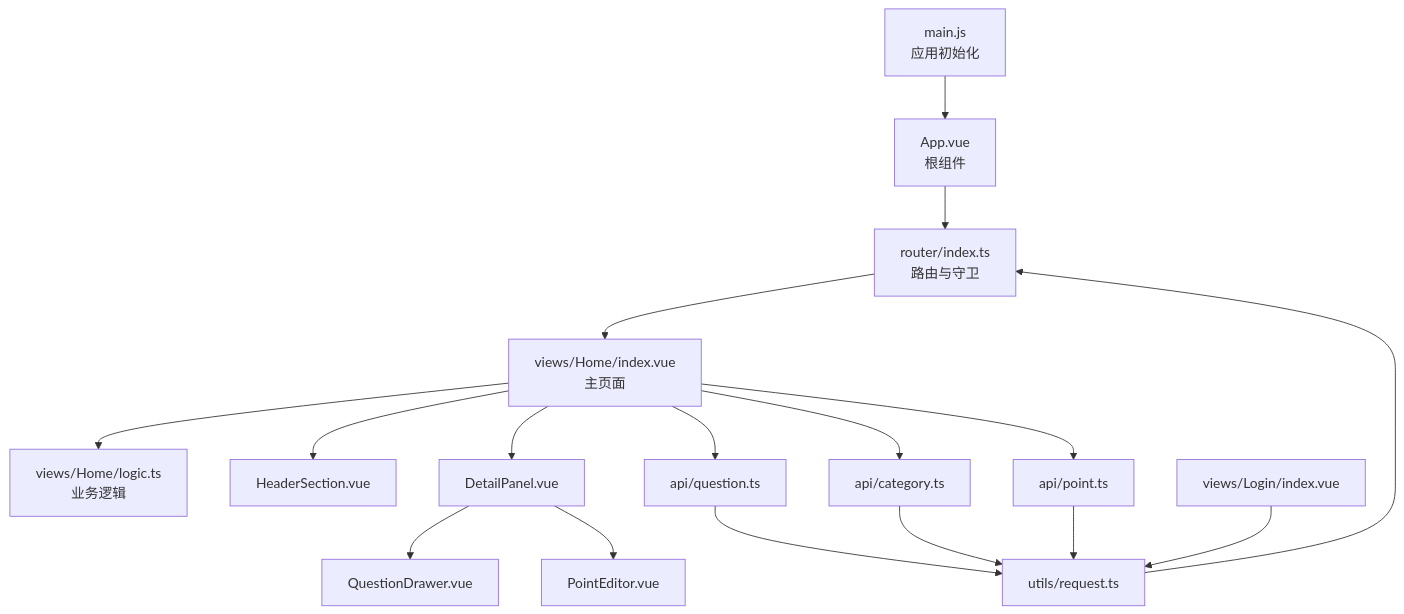
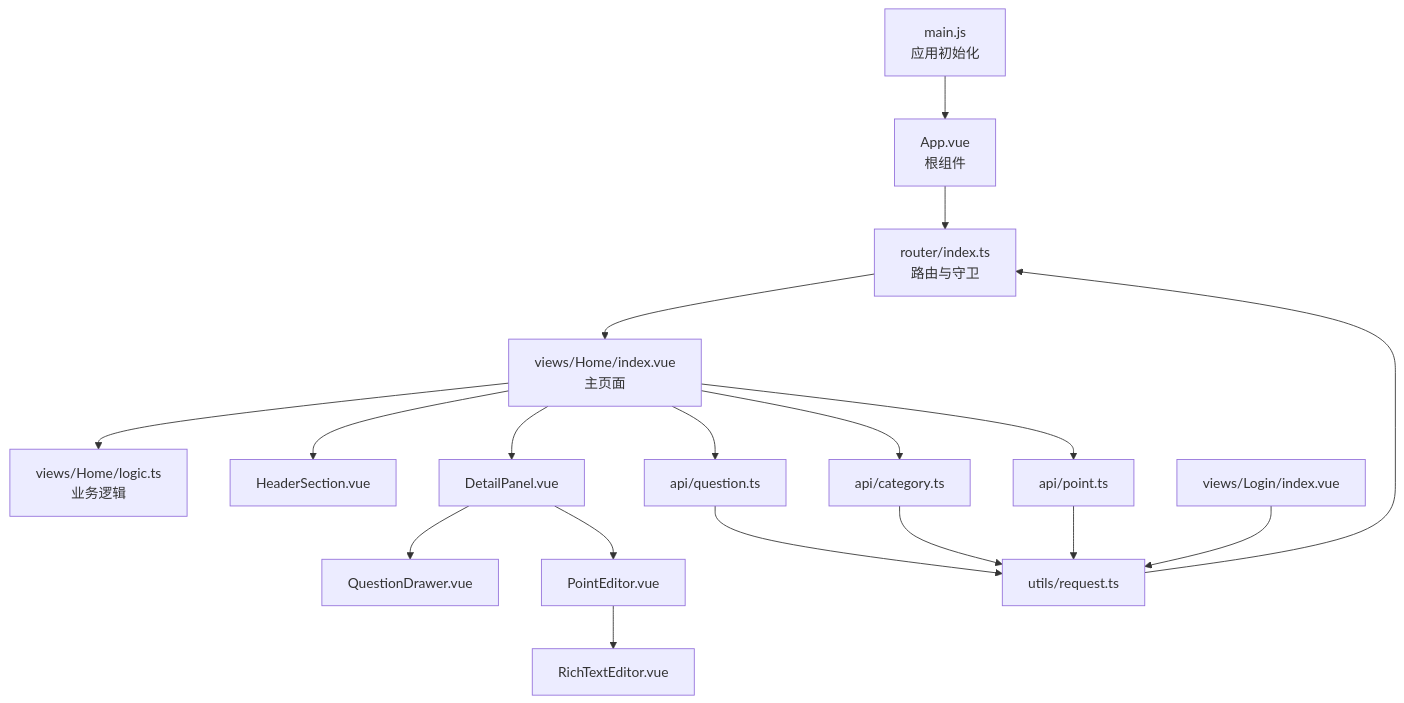
The second of 7 diagrams in .qoder/repowiki/zh/content/前端架构.md (YYMi/practice_problems), drawn with Mermaid before and after one commit. The commit also changed other lines of this file and 43 other files, not shown here.

````diff
--- a/.qoder/repowiki/zh/content/前端架构.md
+++ b/.qoder/repowiki/zh/content/前端架构.md
@@ -157,19 +170,20 @@
 ```mermaid
 graph TB
 MAIN["main.js<br/>应用初始化"] --> APP["App.vue<br/>根组件"]
 APP --> ROUTER["router/index.ts<br/>路由与守卫"]
 ROUTER --> HOME["views/Home/index.vue<br/>主页面"]
 HOME --> LOGIC["views/Home/logic.ts<br/>业务逻辑"]
 HOME --> HEADER["HeaderSection.vue"]
 HOME --> DETAIL["DetailPanel.vue"]
 DETAIL --> QD["QuestionDrawer.vue"]
 DETAIL --> PE["PointEditor.vue"]
+PE --> RTE["RichTextEditor.vue"]
 HOME --> APIQ["api/question.ts"]
 HOME --> APIC["api/category.ts"]
 HOME --> APIP["api/point.ts"]
 APIQ --> REQ["utils/request.ts"]
 APIC --> REQ
 APIP --> REQ
 LOGIN["views/Login/index.vue"] --> REQ
 REQ --> ROUTER
 ```
````
